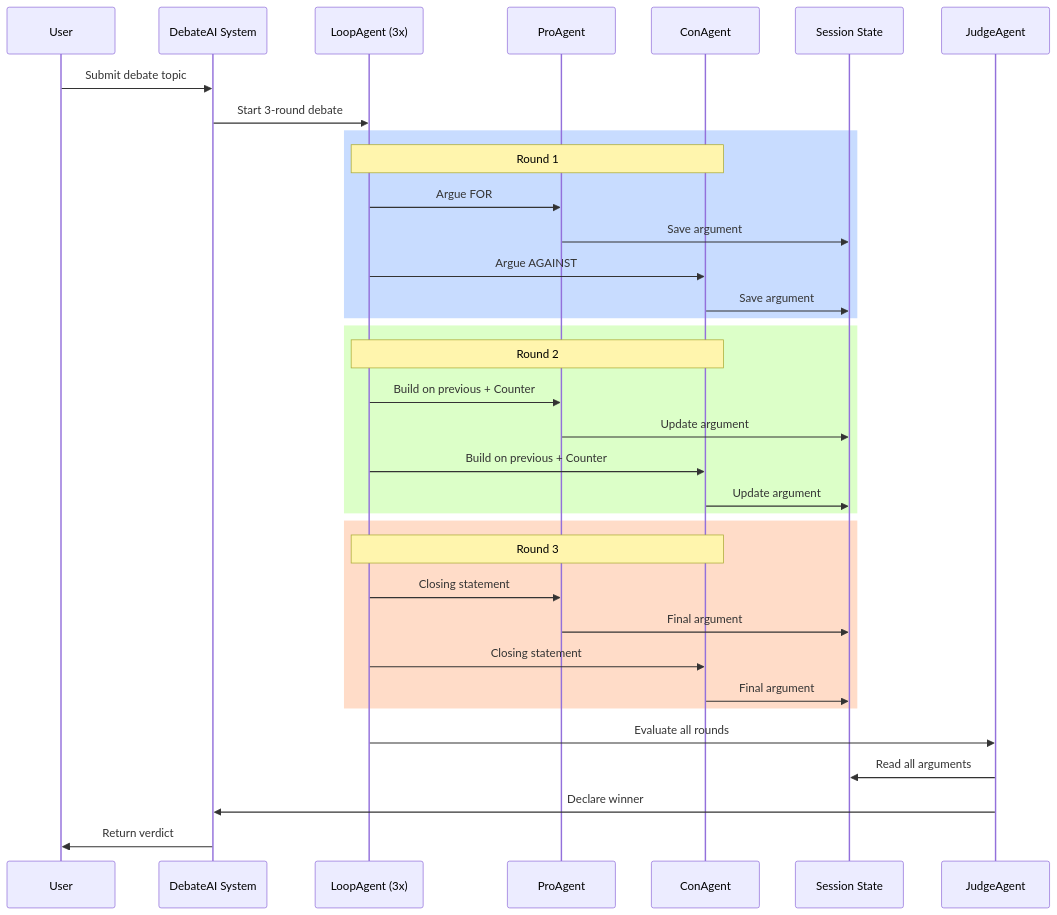
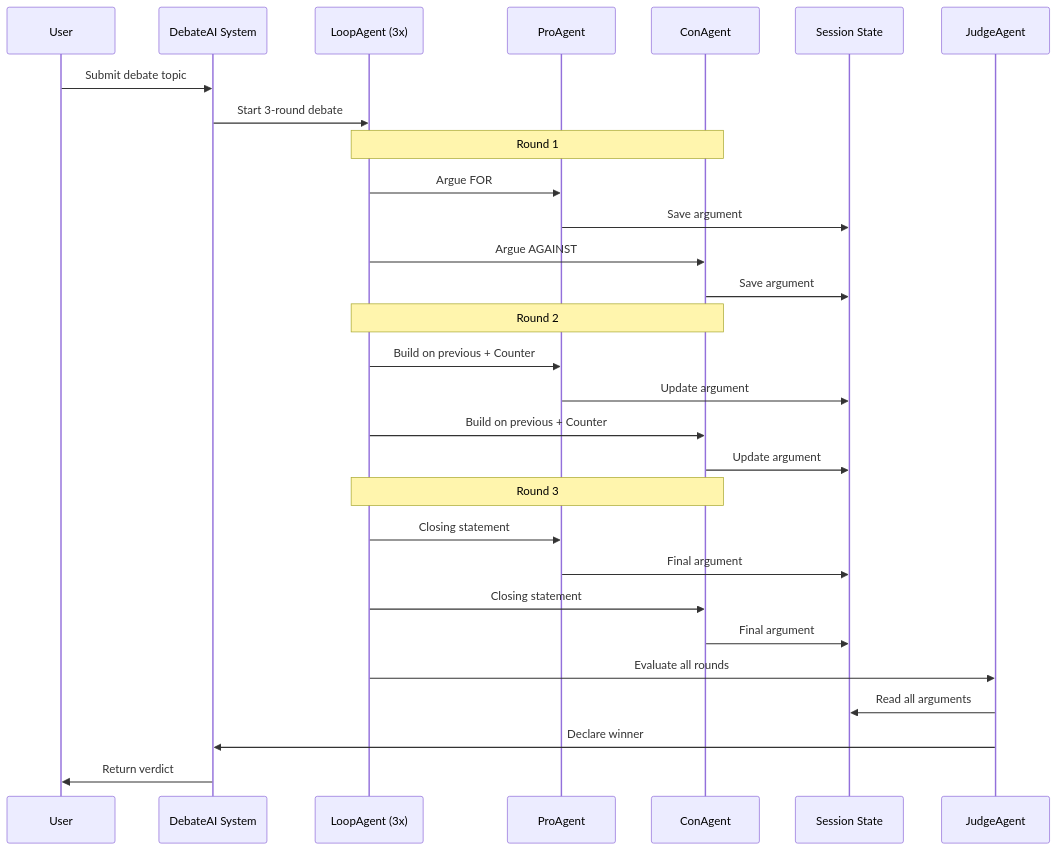
Before and after one commit to jayeeed/DebateAI: the third of 8 diagrams in DIAGRAMS.md, drawn with Mermaid. The commit also changed other lines of this file, not shown here.

Commit message:
Remove styling and structural rect blocks from Mermaid diagrams.

````diff
--- a/DIAGRAMS.md
+++ b/DIAGRAMS.md
@@ -76,42 +69,36 @@
 ```mermaid
 sequenceDiagram
     participant User
     participant System as DebateAI System
     participant Looper as LoopAgent (3x)
     participant Pro as ProAgent
     participant Con as ConAgent
     participant State as Session State
     participant Judge as JudgeAgent
     
     User->>System: Submit debate topic
     System->>Looper: Start 3-round debate
     
-    rect rgb(200, 220, 255)
-        Note over Looper,Con: Round 1
-        Looper->>Pro: Argue FOR
-        Pro->>State: Save argument
-        Looper->>Con: Argue AGAINST
-        Con->>State: Save argument
-    end
+    Note over Looper,Con: Round 1
+    Looper->>Pro: Argue FOR
+    Pro->>State: Save argument
+    Looper->>Con: Argue AGAINST
+    Con->>State: Save argument
     
-    rect rgb(220, 255, 200)
-        Note over Looper,Con: Round 2
-        Looper->>Pro: Build on previous + Counter
-        Pro->>State: Update argument
-        Looper->>Con: Build on previous + Counter
-        Con->>State: Update argument
-    end
+    Note over Looper,Con: Round 2
+    Looper->>Pro: Build on previous + Counter
+    Pro->>State: Update argument
+    Looper->>Con: Build on previous + Counter
+    Con->>State: Update argument
     
-    rect rgb(255, 220, 200)
-        Note over Looper,Con: Round 3
-        Looper->>Pro: Closing statement
-        Pro->>State: Final argument
-        Looper->>Con: Closing statement
-        Con->>State: Final argument
-    end
+    Note over Looper,Con: Round 3
+    Looper->>Pro: Closing statement
+    Pro->>State: Final argument
+    Looper->>Con: Closing statement
+    Con->>State: Final argument
     
     Looper->>Judge: Evaluate all rounds
     Judge->>State: Read all arguments
     Judge->>System: Declare winner
     System->>User: Return verdict
 ```
````
